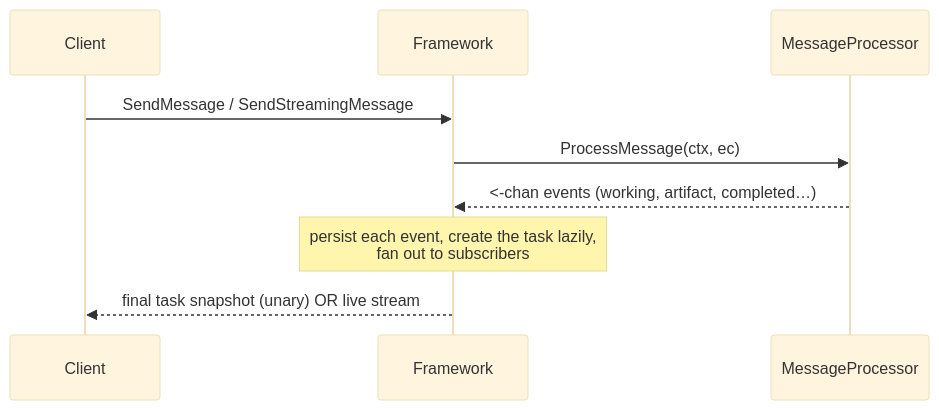
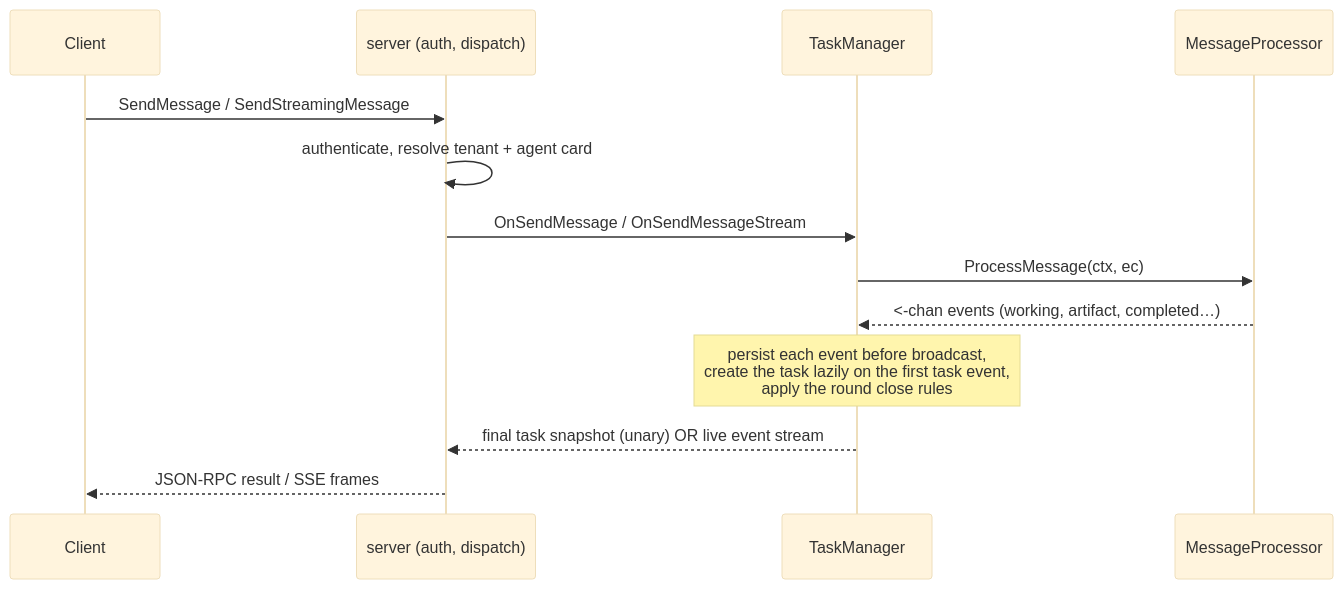
Before and after one commit to trpc-group/trpc-a2a-go: the second of 2 diagrams in docs/mkdocs/en/overview.md, drawn with Mermaid (base theme). The commit also changed other lines of this file and 5 other files, not shown here.

````diff
--- a/docs/mkdocs/en/overview.md
+++ b/docs/mkdocs/en/overview.md
@@ -70,11 +76,16 @@
 ```mermaid
 sequenceDiagram
     participant Client
-    participant Framework
-    participant Processor as MessageProcessor
-    Client->>Framework: SendMessage / SendStreamingMessage
-    Framework->>Processor: ProcessMessage(ctx, ec)
-    Processor-->>Framework: <-chan events (working, artifact, completed…)
-    Note over Framework: persist each event, create the task lazily,<br/>fan out to subscribers
-    Framework-->>Client: final task snapshot (unary) OR live stream
+    participant Server as server (auth, dispatch)
+    participant TM as TaskManager
+    participant P as MessageProcessor
+
+    Client->>Server: SendMessage / SendStreamingMessage
+    Server->>Server: authenticate, resolve tenant + agent card
+    Server->>TM: OnSendMessage / OnSendMessageStream
+    TM->>P: ProcessMessage(ctx, ec)
+    P-->>TM: <-chan events (working, artifact, completed…)
+    Note over TM: persist each event before broadcast,<br/>create the task lazily on the first task event,<br/>apply the round close rules
+    TM-->>Server: final task snapshot (unary) OR live event stream
+    Server-->>Client: JSON-RPC result / SSE frames
 ```
````
